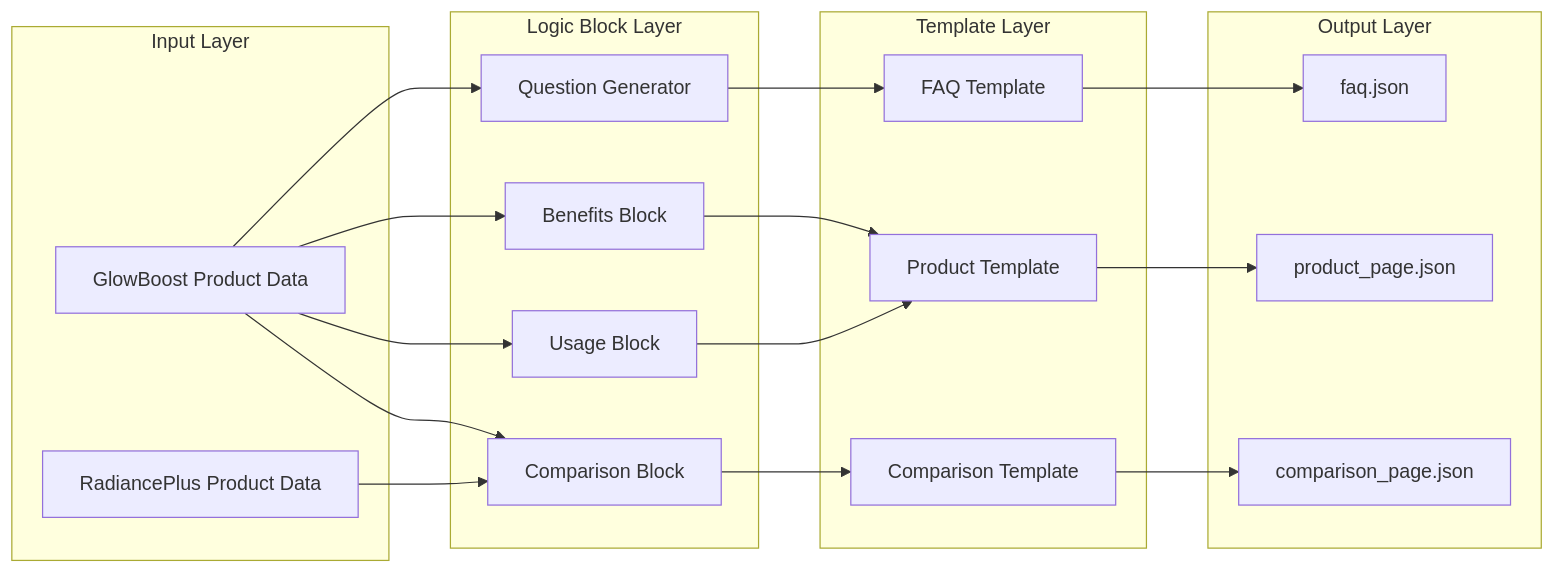
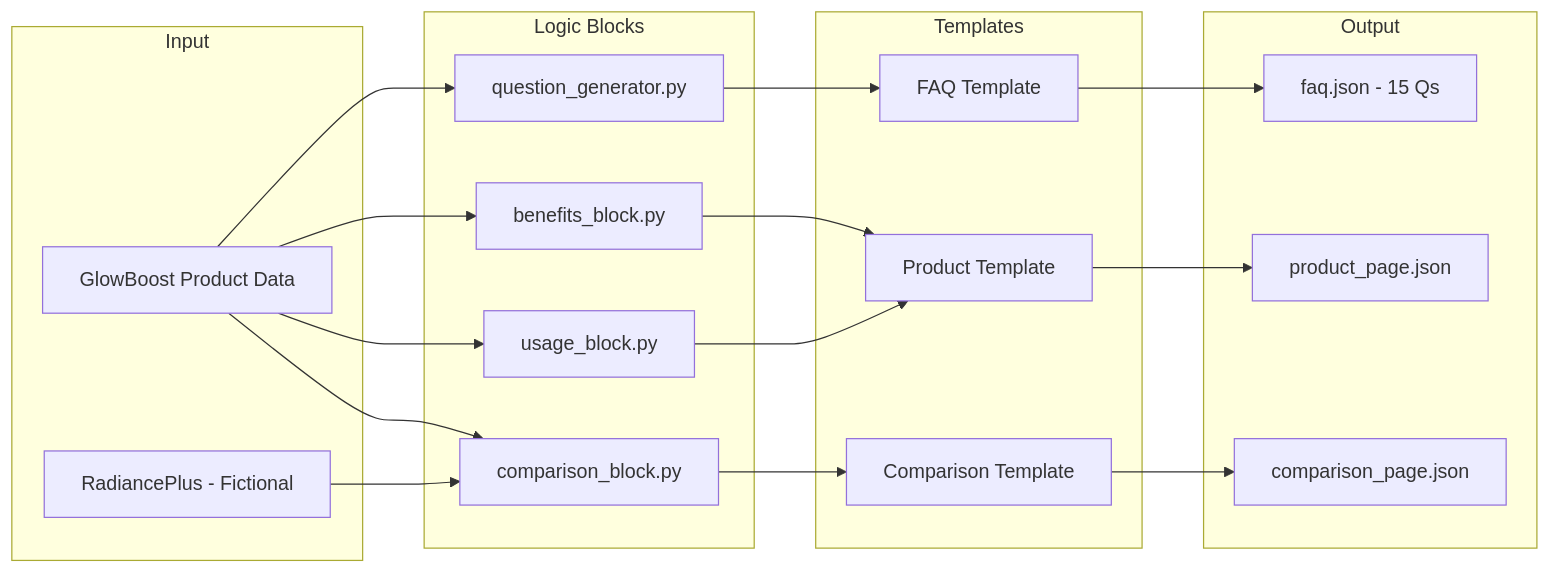
Before and after one commit to Sarvagya1212/kasparro-agentic-sarvagya-jain: the second of 2 diagrams in docs/projectdocumentation.md, drawn with Mermaid. The commit also changed other lines of this file, not shown here.

Commit message:
docs: Update projectdocumentation.md with current CWD architecture

````diff
--- a/docs/projectdocumentation.md
+++ b/docs/projectdocumentation.md
@@ -105,41 +72,32 @@
 ```mermaid
-graph LR
-    subgraph "Input Layer"
+flowchart LR
+    subgraph Input
         GlowBoost[GlowBoost Product Data]
-        ProductB[RadiancePlus Product Data]
+        RadiancePlus[RadiancePlus - Fictional]
     end
     
-    subgraph "Logic Block Layer"
-        Benefits[Benefits Block]
-        Usage[Usage Block]
-        Compare[Comparison Block]
-        Questions[Question Generator]
+    subgraph "Logic Blocks"
+        Benefits[benefits_block.py]
+        Usage[usage_block.py]
+        Questions[question_generator.py]
+        Comparison[comparison_block.py]
     end
     
-    subgraph "Template Layer"
+    subgraph Templates
         FAQTpl[FAQ Template]
         ProductTpl[Product Template]
-        CompareTpl[Comparison Template]
+        CompTpl[Comparison Template]
     end
     
-    subgraph "Output Layer"
-        FAQ_JSON[faq.json]
-        Product_JSON[product_page.json]
-        Compare_JSON[comparison_page.json]
+    subgraph Output
+        FAQ[faq.json - 15 Qs]
+        Product[product_page.json]
+        Compare[comparison_page.json]
     end
     
-    GlowBoost --> Benefits
-    GlowBoost --> Usage
-    GlowBoost --> Questions
-    GlowBoost --> Compare
-    ProductB --> Compare
-    
-    Benefits --> ProductTpl
-    Usage --> ProductTpl
-    Questions --> FAQTpl
-    Compare --> CompareTpl
-    
-    ProductTpl --> Product_JSON
-    FAQTpl --> FAQ_JSON
-    CompareTpl --> Compare_JSON
+    GlowBoost --> Benefits --> ProductTpl --> Product
+    GlowBoost --> Usage --> ProductTpl
+    GlowBoost --> Questions --> FAQTpl --> FAQ
+    GlowBoost --> Comparison
+    RadiancePlus --> Comparison --> CompTpl --> Compare
 ```
````
